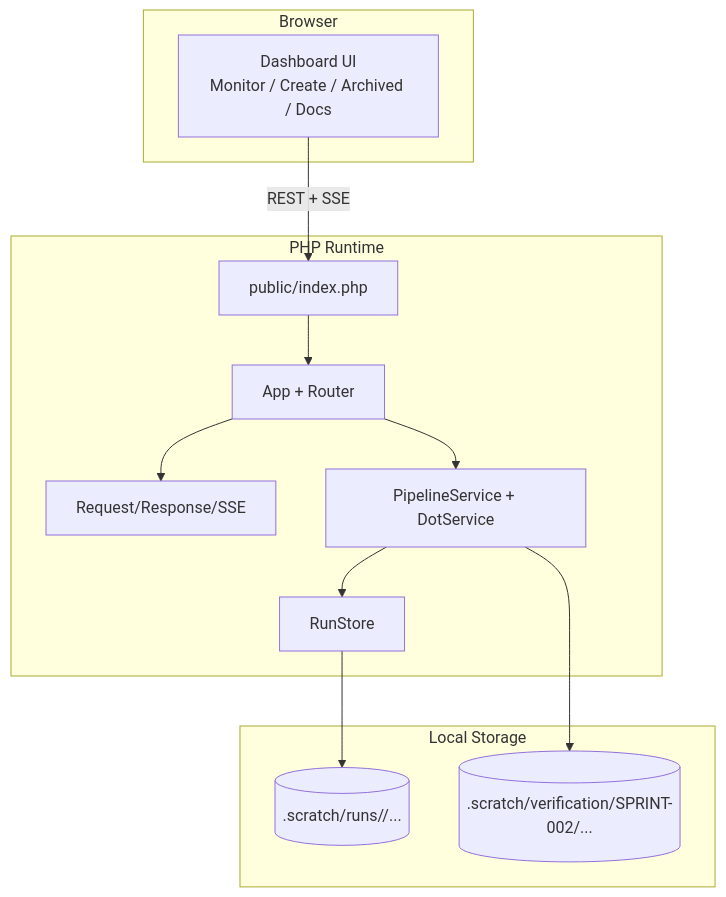
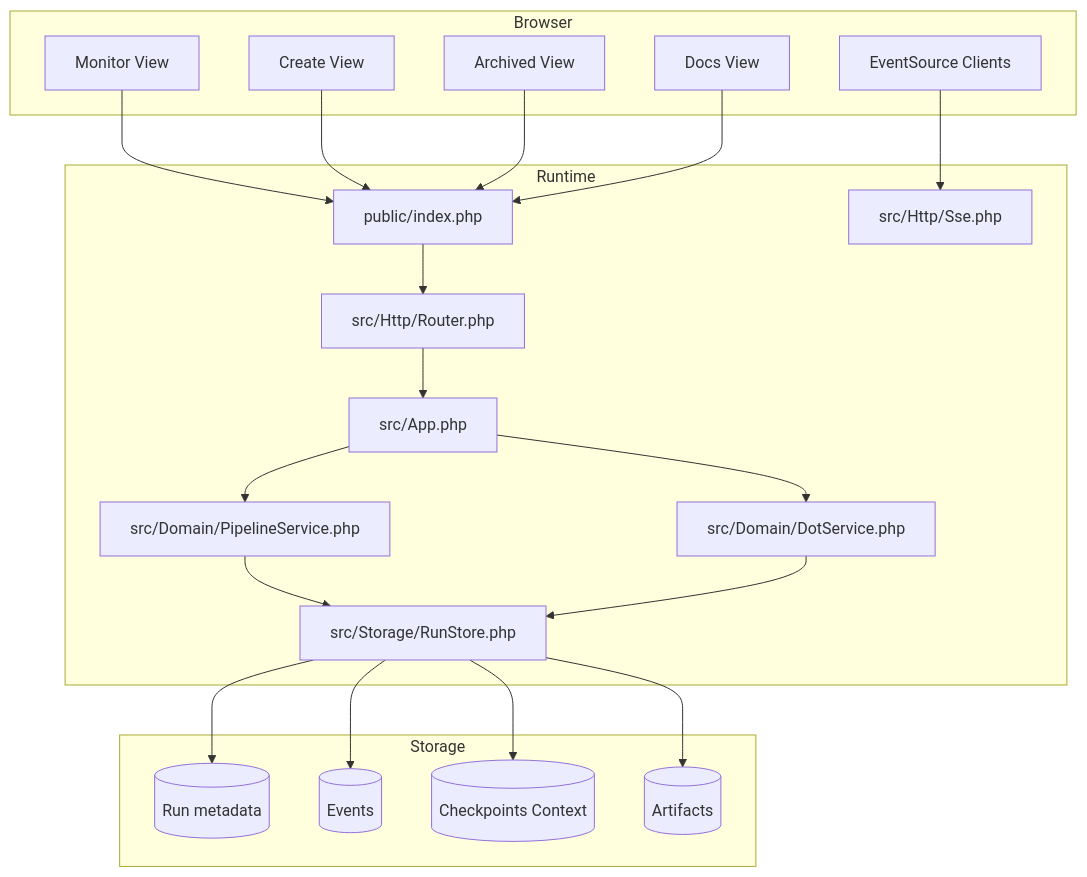
One commit to jaytaylor/attractor-php changed the fifth of 5 diagrams in docs/sprints/SPRINT-002-attractor-php-web-dashboard.md. Above: the diagram before and after it, drawn with Mermaid. The commit also changed other lines of this file, not shown here.

Commit message:
Sync Sprint 002 plan to completed state with full evidence mapping

````diff
--- a/docs/sprints/SPRINT-002-attractor-php-web-dashboard.md
+++ b/docs/sprints/SPRINT-002-attractor-php-web-dashboard.md
@@ -2932,27 +4734,43 @@
 ```mermaid
 flowchart TB
-    subgraph Browser
-      SPA[Dashboard UI\nMonitor / Create / Archived / Docs]
-    end
+  subgraph Browser
+    U1[Monitor View]
+    U2[Create View]
+    U3[Archived View]
+    U4[Docs View]
+    ES[EventSource Clients]
+  end
 
-    subgraph Runtime[PHP Runtime]
-      Front[public/index.php]
-      App[App + Router]
-      HTTP[Request/Response/SSE]
-      Domain[PipelineService + DotService]
-      Storage[RunStore]
-    end
+  subgraph Runtime
+    R1[public/index.php]
+    R2[src/App.php]
+    R3[src/Http/Router.php]
+    R4[src/Http/Sse.php]
+    D1[src/Domain/PipelineService.php]
+    D2[src/Domain/DotService.php]
+    S1[src/Storage/RunStore.php]
+  end
 
-    subgraph Persistence[Local Storage]
-      Runs[(.scratch/runs/<runId>/...)]
-      Evidence[(.scratch/verification/SPRINT-002/...)]
-    end
+  subgraph Storage
+    F1[(Run metadata)]
+    F2[(Events)]
+    F3[(Checkpoints Context)]
+    F4[(Artifacts)]
+  end
 
-    SPA -->|REST + SSE| Front
-    Front --> App
-    App --> HTTP
-    App --> Domain
-    Domain --> Storage
-    Storage --> Runs
-    Domain --> Evidence
+  U1 --> R1
+  U2 --> R1
+  U3 --> R1
+  U4 --> R1
+  ES --> R4
+  R1 --> R3
+  R3 --> R2
+  R2 --> D1
+  R2 --> D2
+  D1 --> S1
+  D2 --> S1
+  S1 --> F1
+  S1 --> F2
+  S1 --> F3
+  S1 --> F4
 ```
````
